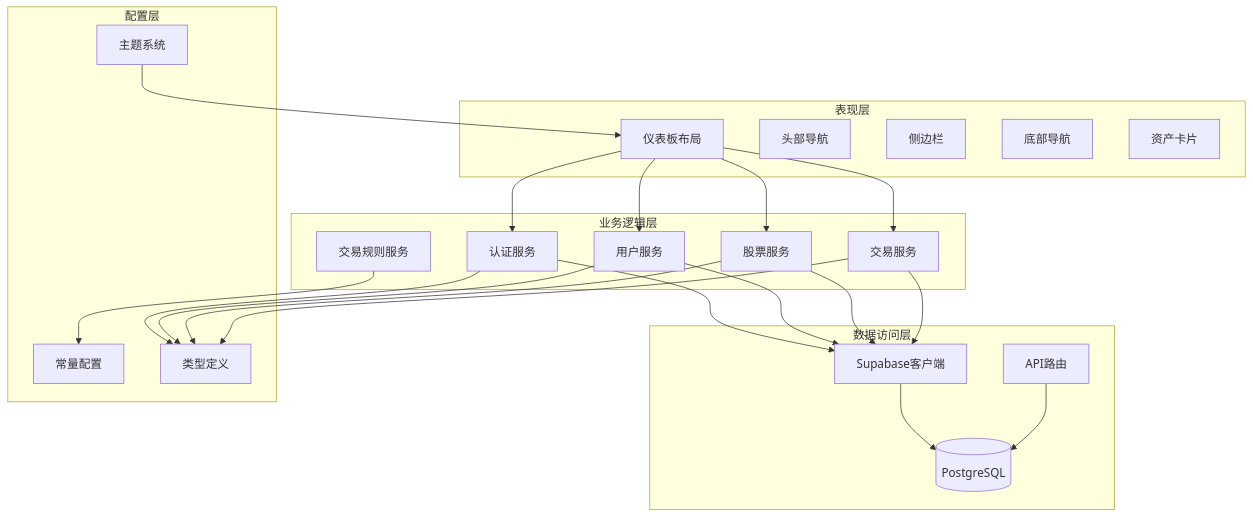
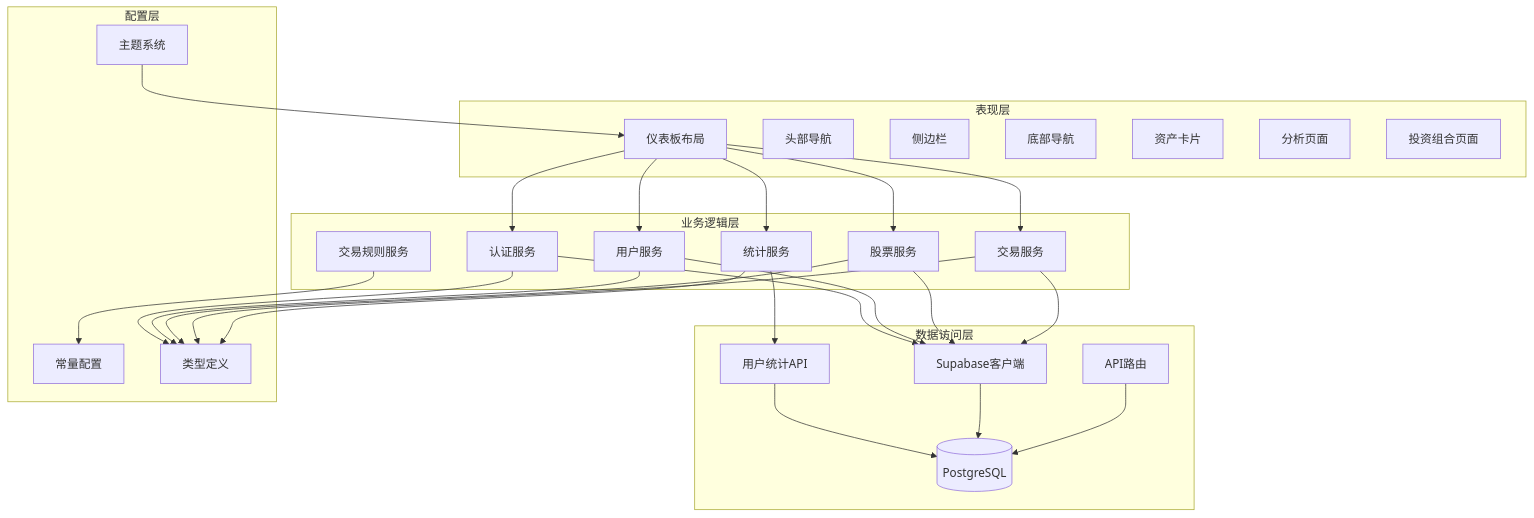
One commit to javalittleman1/virtual-stock-trading changed the second of 11 diagrams in .qoder/repowiki/zh/content/架构设计/前端架构/仪表板系统.md. Above: the diagram before and after it, drawn with Mermaid. The commit also changed other lines of this file and 6 other files, not shown here.

````diff
--- a/.qoder/repowiki/zh/content/架构设计/前端架构/仪表板系统.md
+++ b/.qoder/repowiki/zh/content/架构设计/前端架构/仪表板系统.md
@@ -114,43 +134,51 @@
 ```mermaid
 graph TB
 subgraph "表现层"
 DASHBOARD_LAYOUT[仪表板布局]
 HEADER[头部导航]
 SIDEBAR[侧边栏]
 BOTTOM_NAV[底部导航]
 ASSET_CARD[资产卡片]
+ANALYSIS_PAGE[分析页面]
+PORTFOLIO_PAGE[投资组合页面]
 end
 subgraph "业务逻辑层"
 AUTH_SERVICE[认证服务]
 USER_SERVICE[用户服务]
 STOCK_SERVICE[股票服务]
 TRADE_SERVICE[交易服务]
+STATS_SERVICE[统计服务]
 RULE_SERVICE[交易规则服务]
 end
 subgraph "数据访问层"
 SUPABASE_CLIENT[Supabase客户端]
 API_ROUTES[API路由]
+STATS_API[用户统计API]
 DATABASE[(PostgreSQL)]
 end
 subgraph "配置层"
 CONSTANTS[常量配置]
 TYPES[类型定义]
 THEME[主题系统]
 end
 DASHBOARD_LAYOUT --> AUTH_SERVICE
 DASHBOARD_LAYOUT --> USER_SERVICE
 DASHBOARD_LAYOUT --> STOCK_SERVICE
 DASHBOARD_LAYOUT --> TRADE_SERVICE
+DASHBOARD_LAYOUT --> STATS_SERVICE
 AUTH_SERVICE --> SUPABASE_CLIENT
 USER_SERVICE --> SUPABASE_CLIENT
 STOCK_SERVICE --> SUPABASE_CLIENT
 TRADE_SERVICE --> SUPABASE_CLIENT
+STATS_SERVICE --> STATS_API
+STATS_API --> DATABASE
 SUPABASE_CLIENT --> DATABASE
 API_ROUTES --> DATABASE
 AUTH_SERVICE --> TYPES
 USER_SERVICE --> TYPES
 STOCK_SERVICE --> TYPES
 TRADE_SERVICE --> TYPES
+STATS_SERVICE --> TYPES
 RULE_SERVICE --> CONSTANTS
 THEME --> DASHBOARD_LAYOUT
 ```
````
